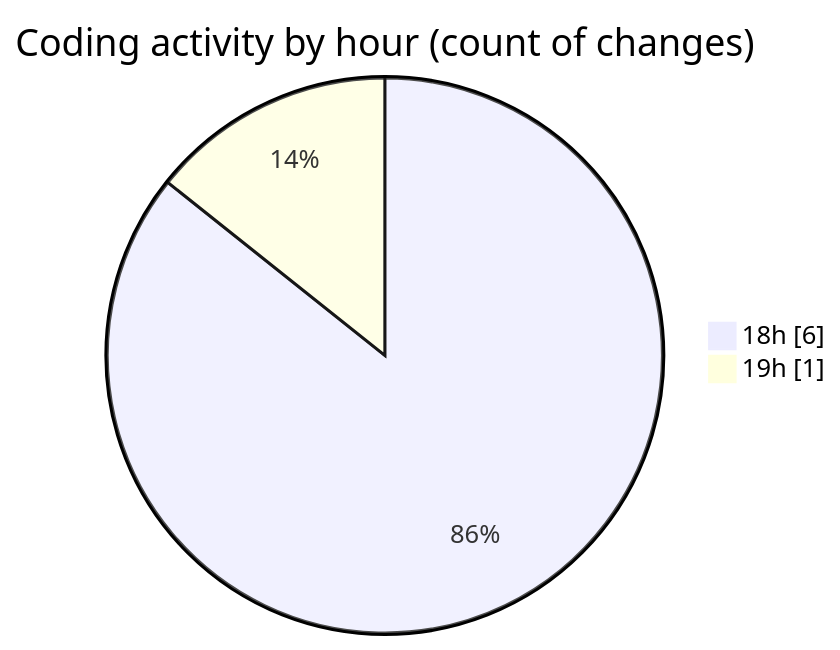
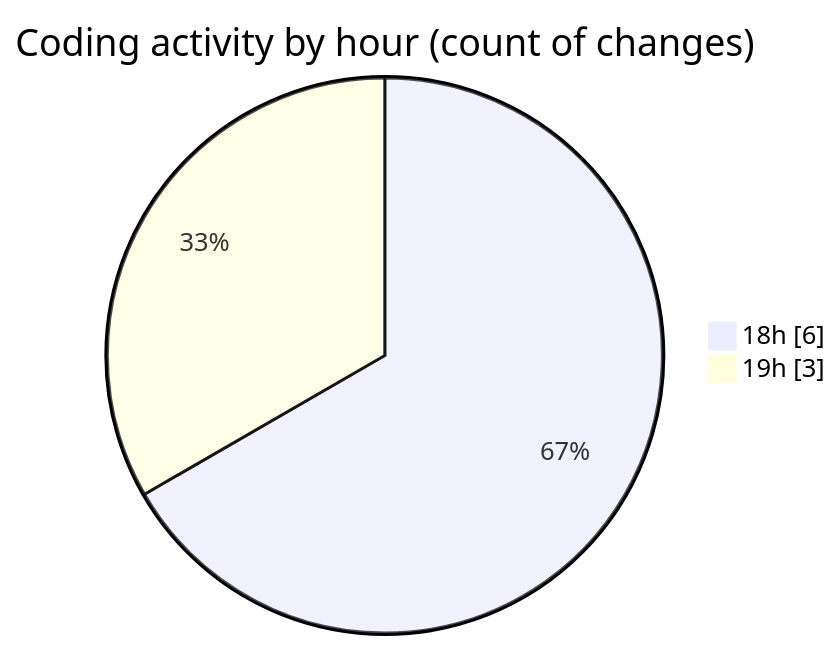
The second of 2 diagrams in 2025-12-13/technologie_web/README.md (hasnaa123/code-tracking), drawn with Mermaid before and after one commit. The commit also changed other lines of this file and 1 other file, not shown here.

````diff
--- a/2025-12-13/technologie_web/README.md
+++ b/2025-12-13/technologie_web/README.md
@@ -28,6 +28,6 @@
 ```mermaid
 pie showData
 title Coding activity by hour (count of changes)
 "18h" : 6
-"19h" : 1
+"19h" : 3
 ```
````
